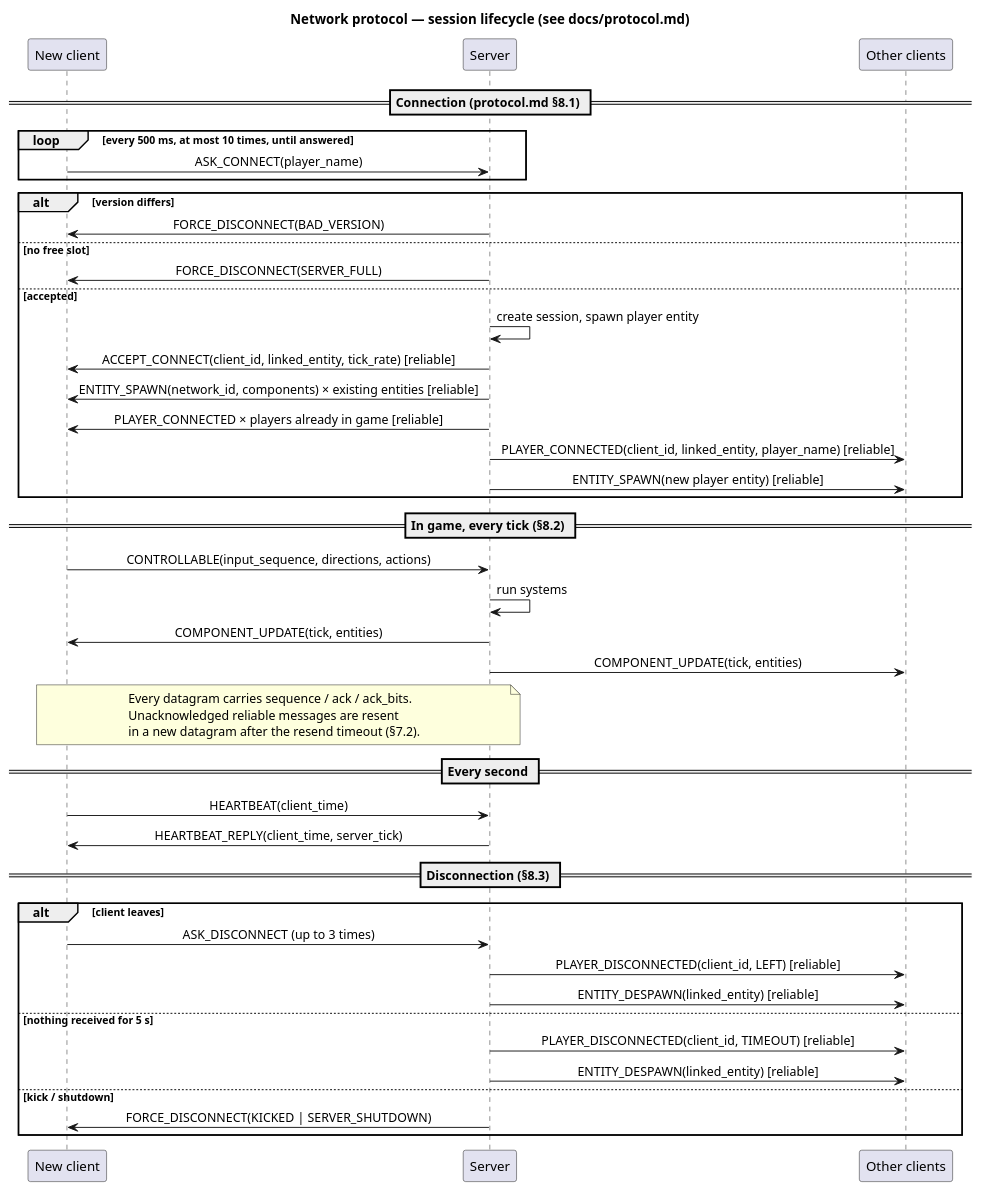
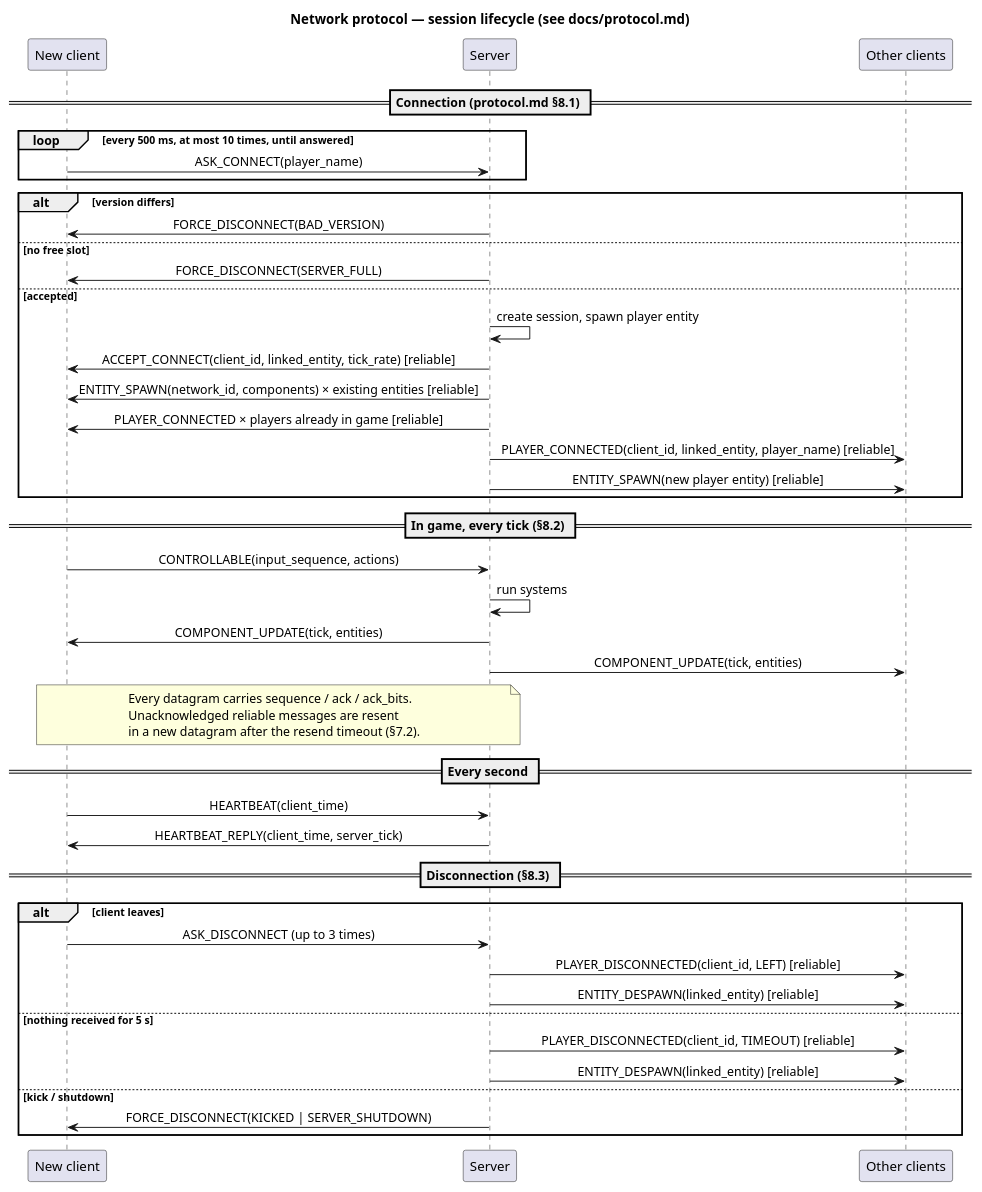
Before and after one commit to aludnier/R-Type_Mirror: the diagram in docs/architecture/06_network_sequences.puml, drawn with PlantUML. The commit also changed 6 other files, not shown here.

First line of the commit message:
refactor(network): make directions game-defined actions

```diff
--- a/docs/architecture/06_network_sequences.puml
+++ b/docs/architecture/06_network_sequences.puml
@@ -1,60 +1,60 @@
 @startuml network_sequences
 skinparam shadowing false
 skinparam sequenceMessageAlign center
 
 title Network protocol — session lifecycle (see docs/protocol.md)
 
 participant "New client" as client
 participant "Server" as server
 participant "Other clients" as others
 
 == Connection (protocol.md §8.1) ==
 
 loop every 500 ms, at most 10 times, until answered
     client -> server : ASK_CONNECT(player_name)
 end
 
 alt version differs
     server -> client : FORCE_DISCONNECT(BAD_VERSION)
 else no free slot
     server -> client : FORCE_DISCONNECT(SERVER_FULL)
 else accepted
     server -> server : create session, spawn player entity
     server -> client : ACCEPT_CONNECT(client_id, linked_entity, tick_rate) [reliable]
     server -> client : ENTITY_SPAWN(network_id, components) × existing entities [reliable]
     server -> client : PLAYER_CONNECTED × players already in game [reliable]
     server -> others : PLAYER_CONNECTED(client_id, linked_entity, player_name) [reliable]
     server -> others : ENTITY_SPAWN(new player entity) [reliable]
 end
 
 == In game, every tick (§8.2) ==
 
-client -> server : CONTROLLABLE(input_sequence, directions, actions)
+client -> server : CONTROLLABLE(input_sequence, actions)
 server -> server : run systems
 server -> client : COMPONENT_UPDATE(tick, entities)
 server -> others : COMPONENT_UPDATE(tick, entities)
 note over client, server
   Every datagram carries sequence / ack / ack_bits.
   Unacknowledged reliable messages are resent
   in a new datagram after the resend timeout (§7.2).
 end note
 
 == Every second ==
 
 client -> server : HEARTBEAT(client_time)
 server -> client : HEARTBEAT_REPLY(client_time, server_tick)
 
 == Disconnection (§8.3) ==
 
 alt client leaves
     client -> server : ASK_DISCONNECT (up to 3 times)
     server -> others : PLAYER_DISCONNECTED(client_id, LEFT) [reliable]
     server -> others : ENTITY_DESPAWN(linked_entity) [reliable]
 else nothing received for 5 s
     server -> others : PLAYER_DISCONNECTED(client_id, TIMEOUT) [reliable]
     server -> others : ENTITY_DESPAWN(linked_entity) [reliable]
 else kick / shutdown
     server -> client : FORCE_DISCONNECT(KICKED | SERVER_SHUTDOWN)
 end
 
 @enduml
```
